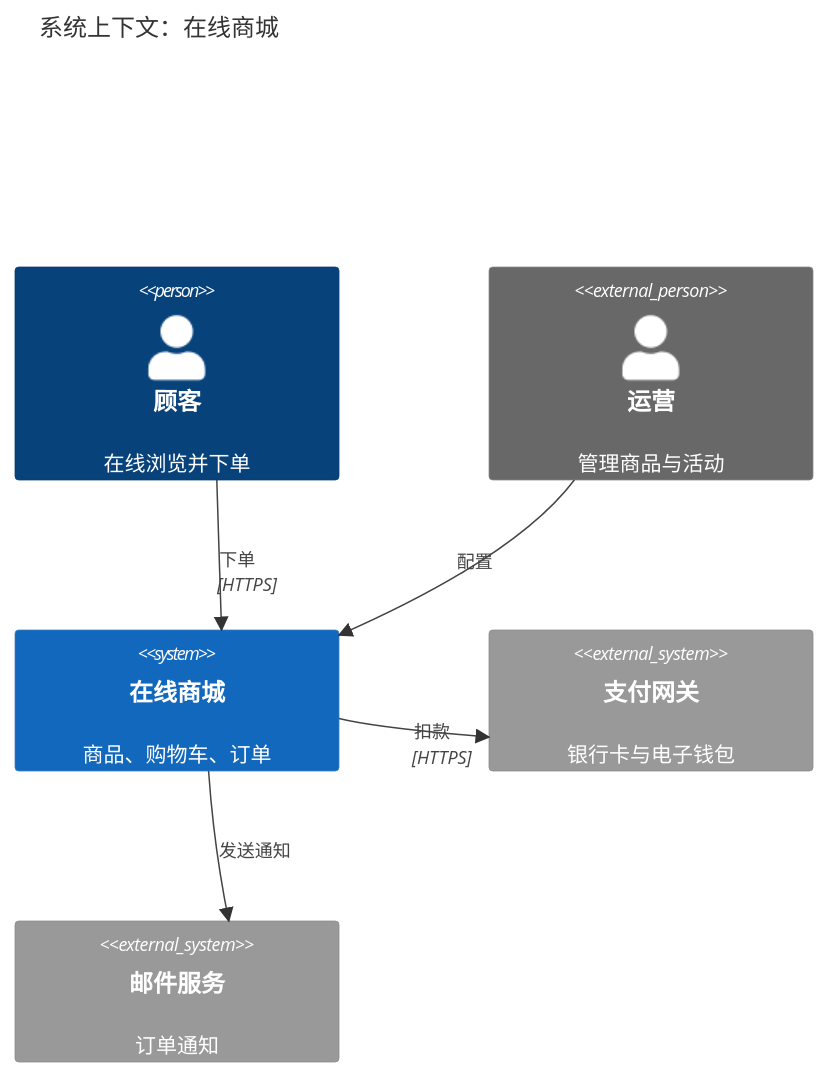
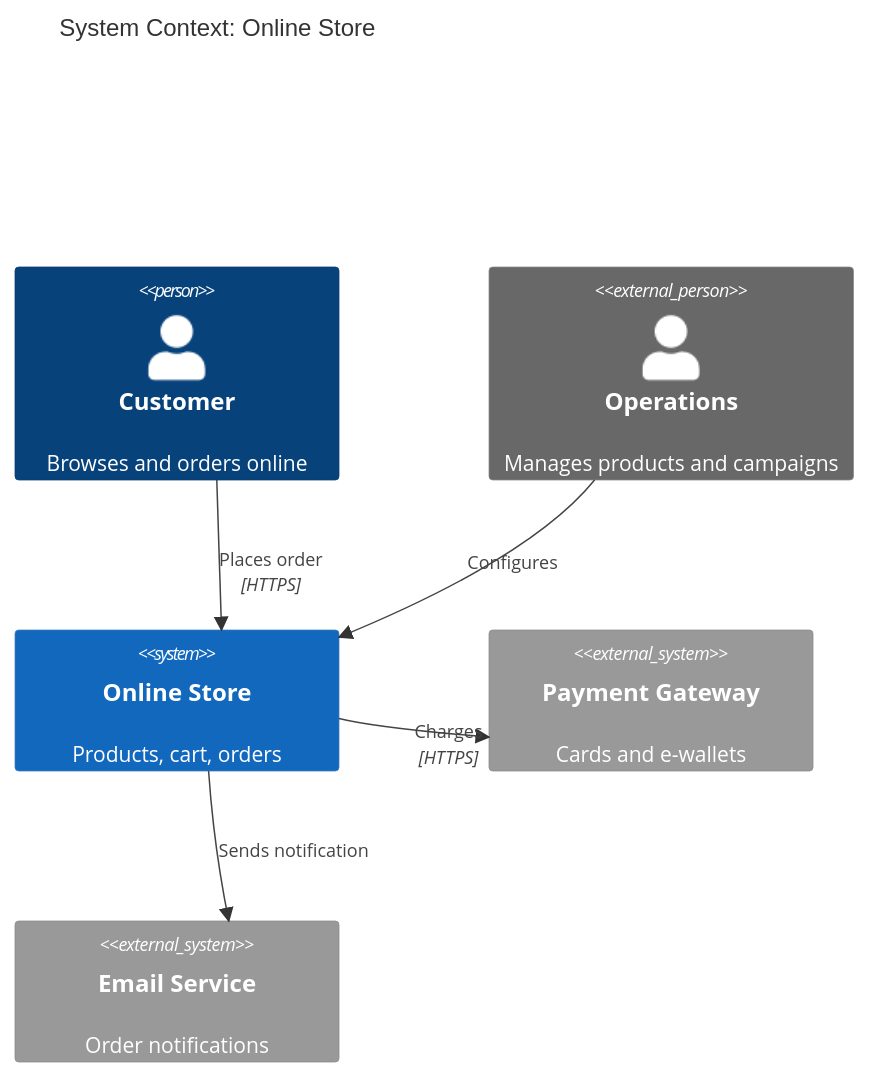
The diagram in diagrams/c4-context.mmd (hanxiaomax/tweakpele), drawn with Mermaid before and after one commit. The commit also changed 46 other files, not shown here.

```diff
--- a/diagrams/c4-context.mmd
+++ b/diagrams/c4-context.mmd
@@ -1,11 +1,11 @@
 C4Context
-  title 系统上下文：在线商城
-  Person(customer, "顾客", "在线浏览并下单")
-  Person_Ext(ops, "运营", "管理商品与活动")
-  System(shop, "在线商城", "商品、购物车、订单")
-  System_Ext(bank, "支付网关", "银行卡与电子钱包")
-  System_Ext(mail, "邮件服务", "订单通知")
-  Rel(customer, shop, "下单", "HTTPS")
-  Rel(ops, shop, "配置")
-  Rel(shop, bank, "扣款", "HTTPS")
-  Rel(shop, mail, "发送通知")
+  title System Context: Online Store
+  Person(customer, "Customer", "Browses and orders online")
+  Person_Ext(ops, "Operations", "Manages products and campaigns")
+  System(shop, "Online Store", "Products, cart, orders")
+  System_Ext(bank, "Payment Gateway", "Cards and e-wallets")
+  System_Ext(mail, "Email Service", "Order notifications")
+  Rel(customer, shop, "Places order", "HTTPS")
+  Rel(ops, shop, "Configures")
+  Rel(shop, bank, "Charges", "HTTPS")
+  Rel(shop, mail, "Sends notification")
```
